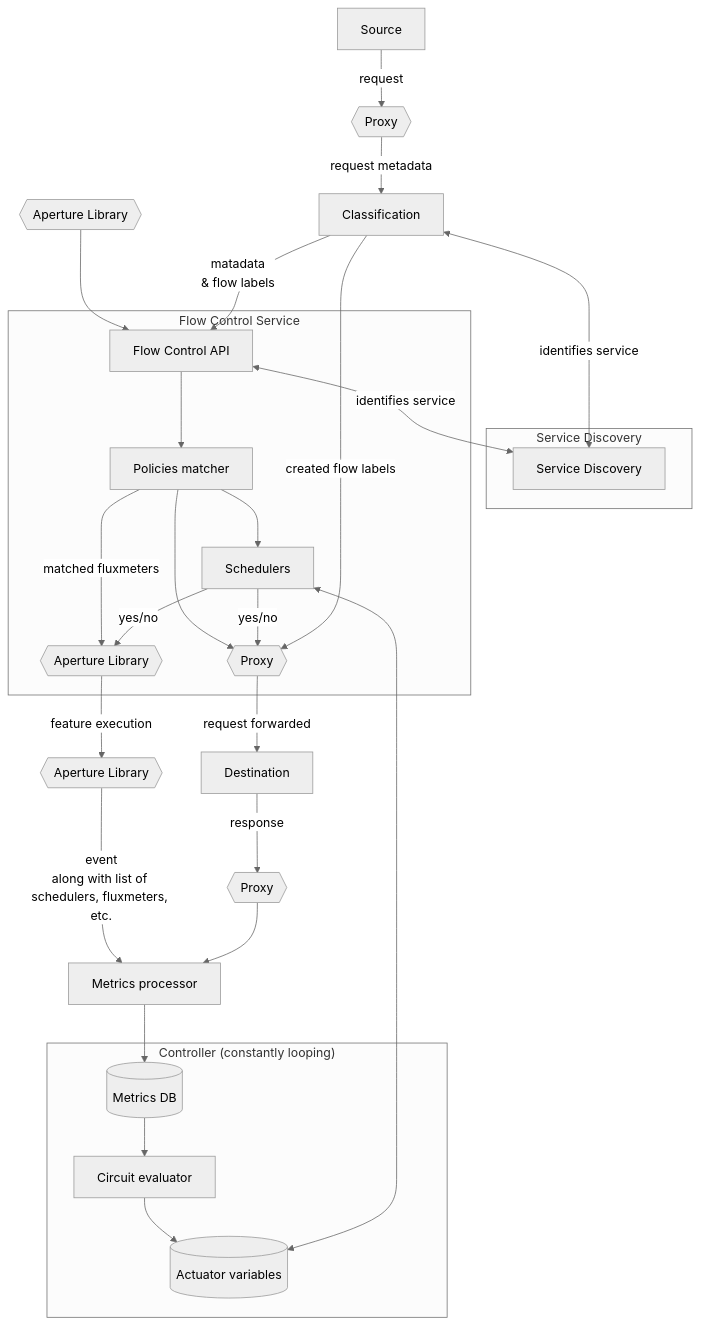
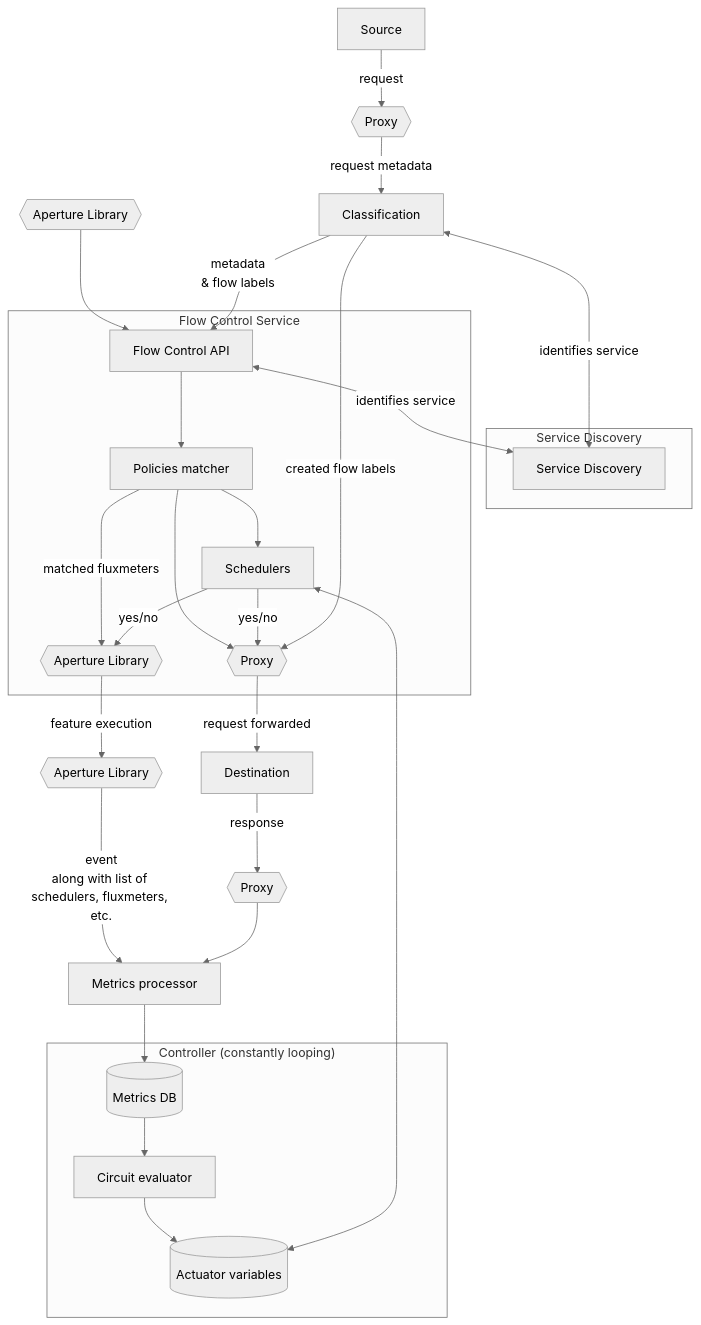
Before and after one commit to dataongunlaws/aperture: the diagram in docs/content/assets/diagrams/traffic-flow/traffic.mmd, drawn with Mermaid (neutral theme). The commit also changed 32 other files, not shown here.

```diff
--- a/docs/content/assets/diagrams/traffic-flow/traffic.mmd
+++ b/docs/content/assets/diagrams/traffic-flow/traffic.mmd
@@ -1,46 +1,46 @@
 flowchart TD
   Source -- request --> Proxy
   Proxy -- request metadata --> Classification
   Classification <-- identifies service --> Services
   subgraph Services2[Service Discovery]
   Services["Service Discovery"]
   end
   SDK["FluxNinja Library"]
   SDK --> FlowControl
-  Classification -- "matadata\n& flow labels" --> FlowControl
+  Classification -- "metadata\n& flow labels" --> FlowControl
 
   subgraph Controller["Controller (constantly looping)\n"]
     MetricsDB --> Circuit --> Vars
     Circuit["Circuit evaluator"]
     Vars
   end
 
   subgraph FCS["Flow Control Service"]
     FlowControl[Flow Control API]
     FlowControl --> Policies
     FlowControl <-- identifies service --> Services
     Policies[Policies matcher] --> Schedulers
     Policies -- matched fluxmeters --> SDK2
     Policies --> Proxy2
     Schedulers <--> Vars[(Actuator variables)]
   end
 
   Schedulers -- yes/no --> SDK2
   Schedulers -- yes/no --> Proxy2
   Classification -- created flow labels --> Proxy2
   SDK2 -- feature execution --> SDK3
   Proxy2 -- request forwarded --> Destination
   Destination -- response --> Proxy3
 
   SDK3 -- event\nalong with list of schedulers, fluxmeters, etc. --> Metrics
   Proxy3 --> Metrics
   Metrics --> MetricsDB
   Metrics["Metrics processor"]
   MetricsDB[("Metrics DB")]
 
   Proxy{{Proxy}}
   Proxy2{{Proxy}}
   Proxy3{{Proxy}}
   SDK{{Aperture Library}}
   SDK2{{Aperture Library}}
   SDK3{{Aperture Library}}
```
